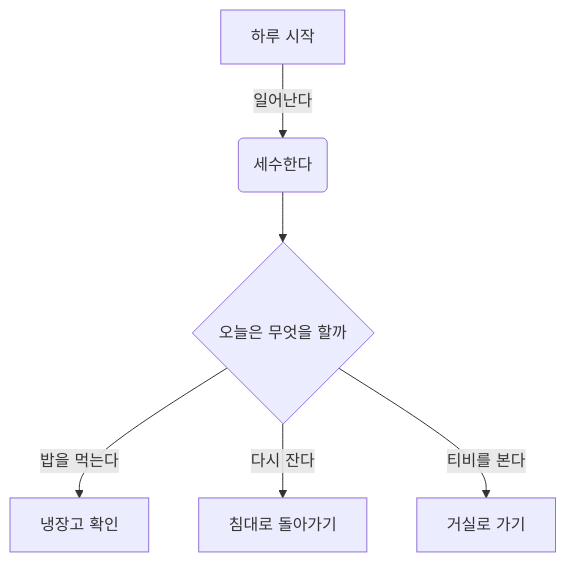
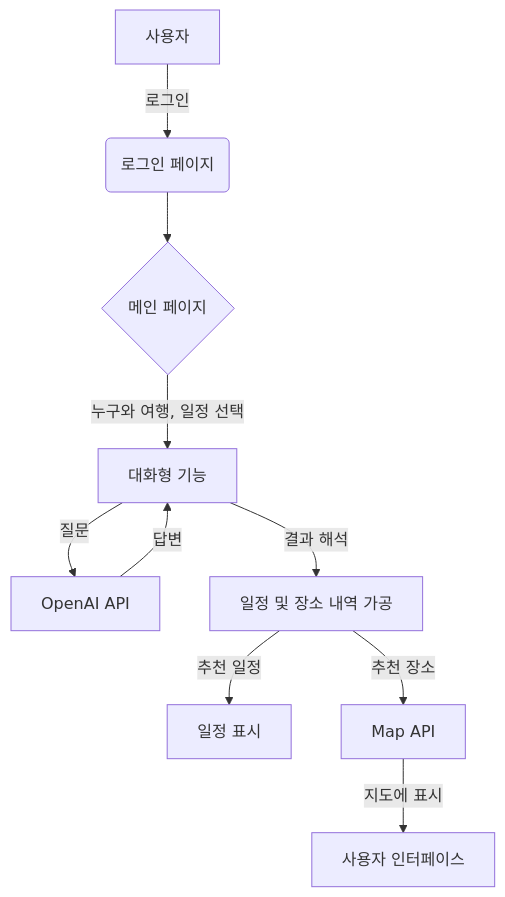
One commit to Um-king/chatGPT-Web-Project changed the fourth of 4 diagrams in README.md. Above: the diagram before and after it, drawn with Mermaid. The commit also changed other lines of this file, not shown here.

````diff
--- a/README.md
+++ b/README.md
@@ -226,8 +212,12 @@
 ```mermaid
-		graph TD
-	    A[하루 시작] -->|일어난다| B(세수한다)
-	    B --> C{오늘은 무엇을 할까}
-	    C -->|밥을 먹는다| D[냉장고 확인]
-	    C -->|다시 잔다| E[침대로 돌아가기]
-	    C -->|티비를 본다| F[거실로 가기]
+graph TD
+    A[사용자] -->|로그인| B(로그인 페이지)
+    B --> C{메인 페이지}
+    C -->|누구와 여행, 일정 선택| D[대화형 기능]
+    D -->|질문| E[OpenAI API]
+    E -->|답변| D
+    D -->|결과 해석| F[일정 및 장소 내역 가공]
+    F -->|추천 일정| G[일정 표시]
+    F -->|추천 장소| H[Map API]
+    H -->|지도에 표시| I[사용자 인터페이스]
 ```
````
